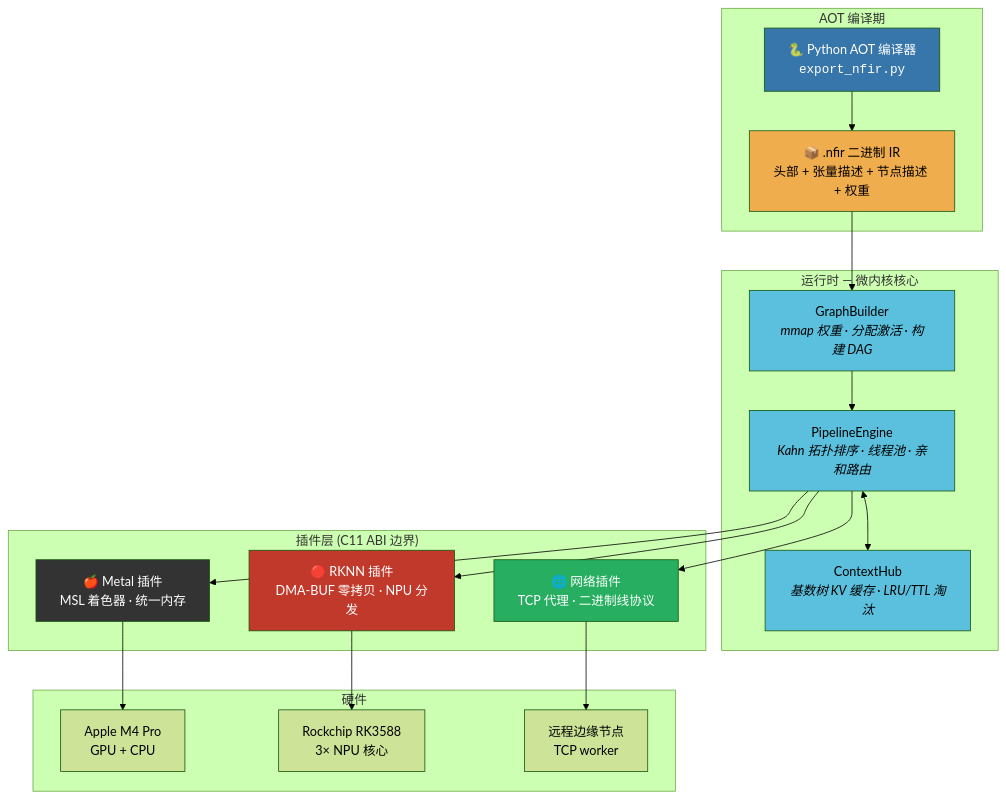
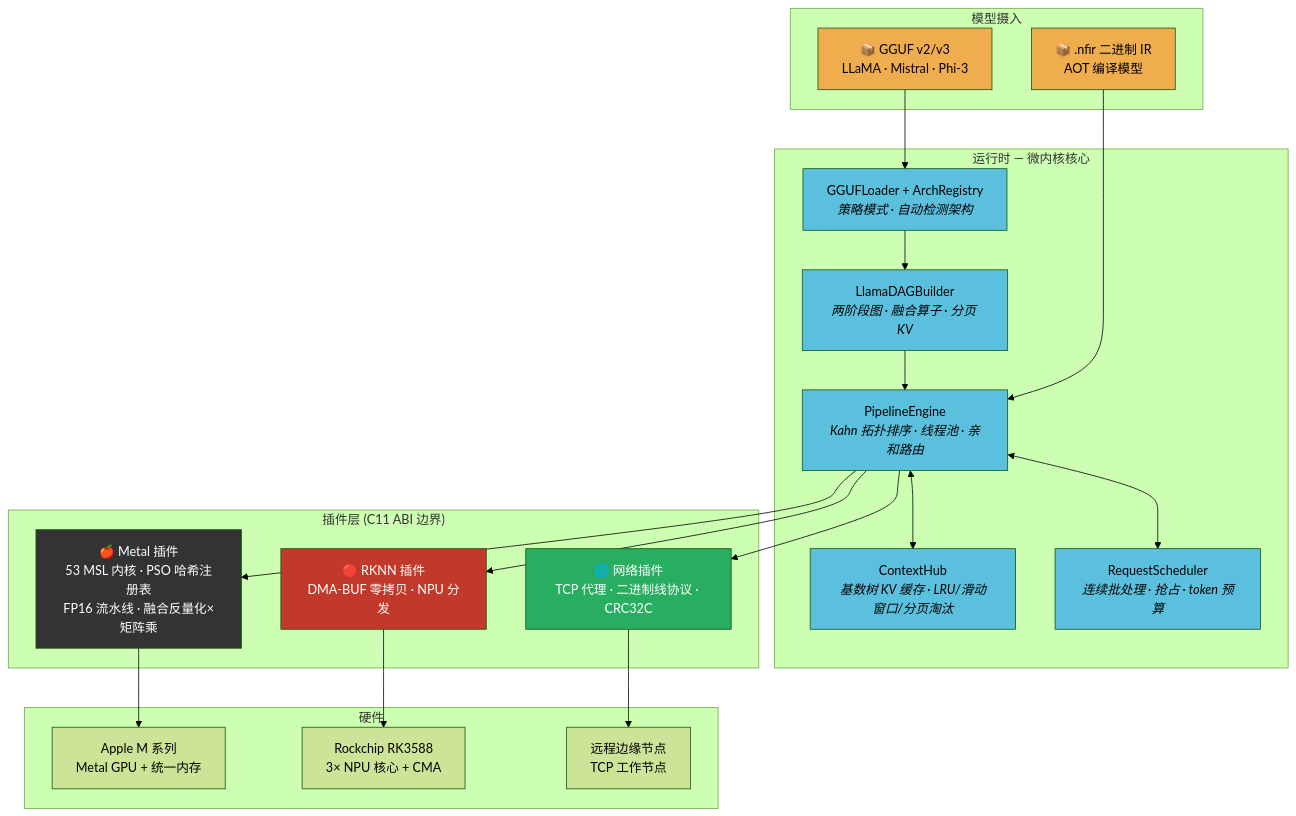
The diagram in README_CN.md (teslavia/neurofabric), drawn with Mermaid (forest theme) before and after one commit. The commit also changed other lines of this file and 4 other files, not shown here.

````diff
--- a/README_CN.md
+++ b/README_CN.md
@@ -58,45 +89,50 @@
 ```mermaid
 graph TB
-    subgraph "AOT 编译期"
-        PY["🐍 Python AOT 编译器<br/><code>export_nfir.py</code>"]
-        NFIR["📦 .nfir 二进制 IR<br/>头部 + 张量描述 + 节点描述 + 权重"]
-        PY --> NFIR
+    subgraph "模型摄入"
+        GGUF["📦 GGUF v2/v3<br/>LLaMA · Mistral · Phi-3"]
+        NFIR["📦 .nfir 二进制 IR<br/>AOT 编译模型"]
     end
 
     subgraph "运行时 — 微内核核心"
-        GB["GraphBuilder<br/><i>mmap 权重 · 分配激活 · 构建 DAG</i>"]
+        LOADER["GGUFLoader + ArchRegistry<br/><i>策略模式 · 自动检测架构</i>"]
+        DAG["LlamaDAGBuilder<br/><i>两阶段图 · 融合算子 · 分页 KV</i>"]
         PE["PipelineEngine<br/><i>Kahn 拓扑排序 · 线程池 · 亲和路由</i>"]
-        CH["ContextHub<br/><i>基数树 KV 缓存 · LRU/TTL 淘汰</i>"]
-        NFIR --> GB --> PE
+        CH["ContextHub<br/><i>基数树 KV 缓存 · LRU/滑动窗口/分页淘汰</i>"]
+        SCHED["RequestScheduler<br/><i>连续批处理 · 抢占 · token 预算</i>"]
+        GGUF --> LOADER --> DAG --> PE
+        NFIR --> PE
         PE <--> CH
+        PE <--> SCHED
     end
 
     subgraph "插件层 (C11 ABI 边界)"
-        MTL["🍎 Metal 插件<br/>MSL 着色器 · 统一内存"]
+        MTL["🍎 Metal 插件<br/>53 MSL 内核 · PSO 哈希注册表<br/>FP16 流水线 · 融合反量化×矩阵乘"]
         RKNN["🔴 RKNN 插件<br/>DMA-BUF 零拷贝 · NPU 分发"]
-        NET["🌐 网络插件<br/>TCP 代理 · 二进制线协议"]
+        NET["🌐 网络插件<br/>TCP 代理 · 二进制线协议 · CRC32C"]
     end
 
     PE --> MTL
     PE --> RKNN
     PE --> NET
 
     subgraph "硬件"
-        M4["Apple M4 Pro<br/>GPU + CPU"]
-        RK["Rockchip RK3588<br/>3× NPU 核心"]
-        EDGE["远程边缘节点<br/>TCP worker"]
+        M4["Apple M 系列<br/>Metal GPU + 统一内存"]
+        RK["Rockchip RK3588<br/>3× NPU 核心 + CMA"]
+        EDGE["远程边缘节点<br/>TCP 工作节点"]
     end
 
     MTL --> M4
     RKNN --> RK
     NET --> EDGE
 
-    style PY fill:#3776ab,color:#fff
+    style GGUF fill:#f0ad4e,color:#000
     style NFIR fill:#f0ad4e,color:#000
-    style GB fill:#5bc0de,color:#000
+    style LOADER fill:#5bc0de,color:#000
+    style DAG fill:#5bc0de,color:#000
     style PE fill:#5bc0de,color:#000
     style CH fill:#5bc0de,color:#000
+    style SCHED fill:#5bc0de,color:#000
     style MTL fill:#333,color:#fff
     style RKNN fill:#c0392b,color:#fff
     style NET fill:#27ae60,color:#fff
 ```
````
